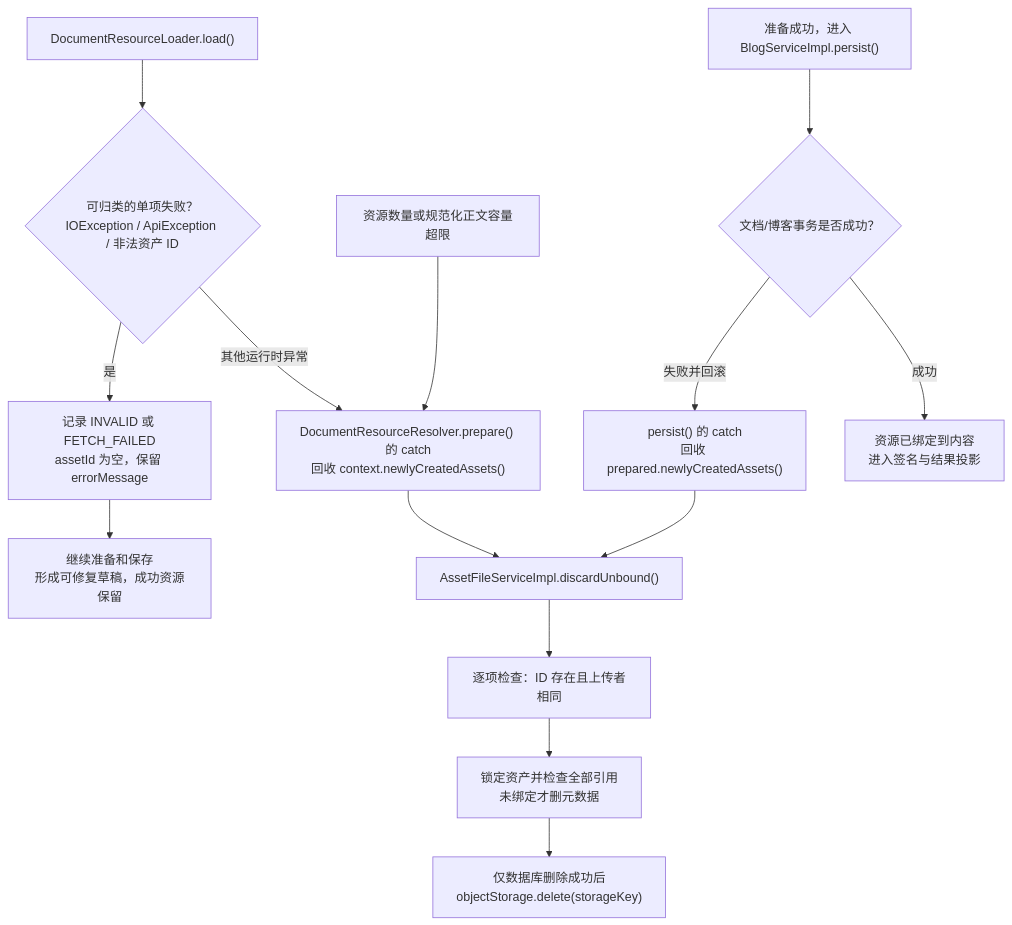
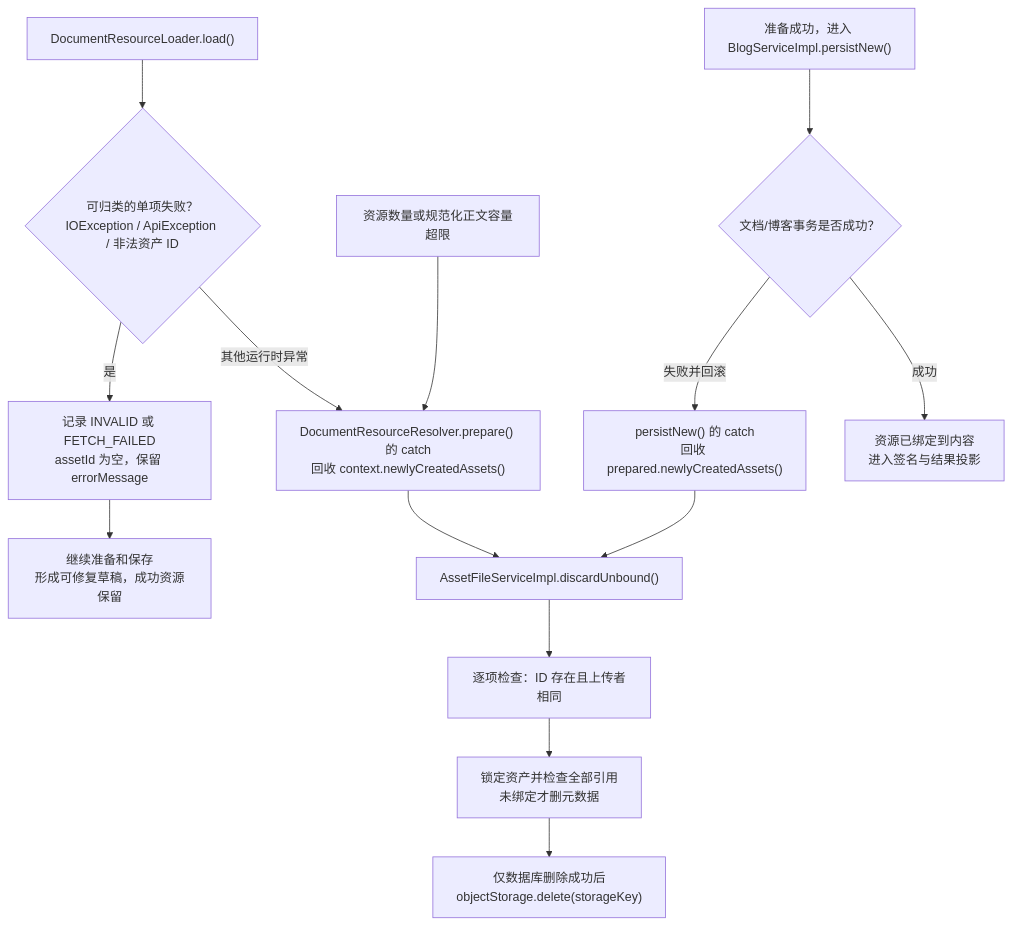
The seventh of 8 diagrams in resources/learning/document-import-lifecycle.md (WKING66/mai-s-portfolio), drawn with Mermaid before and after one commit. The commit also changed other lines of this file and 21 other files, not shown here.

````diff
--- a/resources/learning/document-import-lifecycle.md
+++ b/resources/learning/document-import-lifecycle.md
@@ -604,16 +604,16 @@
 ```mermaid
 flowchart TD
     A["DocumentResourceLoader.load()"] --> B{"可归类的单项失败？<br/>IOException / ApiException / 非法资产 ID"}
     B -- "是" --> C["记录 INVALID 或 FETCH_FAILED<br/>assetId 为空，保留 errorMessage"]
     C --> D["继续准备和保存<br/>形成可修复草稿，成功资源保留"]
     B -- "其他运行时异常" --> E["DocumentResourceResolver.prepare() 的 catch<br/>回收 context.newlyCreatedAssets()"]
     F["资源数量或规范化正文容量超限"] --> E
-    G["准备成功，进入 BlogServiceImpl.persist()"] --> H{"文档/博客事务是否成功？"}
-    H -- "失败并回滚" --> I["persist() 的 catch<br/>回收 prepared.newlyCreatedAssets()"]
+    G["准备成功，进入 BlogServiceImpl.persistNew()"] --> H{"文档/博客事务是否成功？"}
+    H -- "失败并回滚" --> I["persistNew() 的 catch<br/>回收 prepared.newlyCreatedAssets()"]
     H -- "成功" --> J["资源已绑定到内容<br/>进入签名与结果投影"]
     E --> K["AssetFileServiceImpl.discardUnbound()"]
     I --> K
     K --> L["逐项检查：ID 存在且上传者相同"]
     L --> M["锁定资产并检查全部引用<br/>未绑定才删元数据"]
     M --> N["仅数据库删除成功后<br/>objectStorage.delete(storageKey)"]
 ```
````
